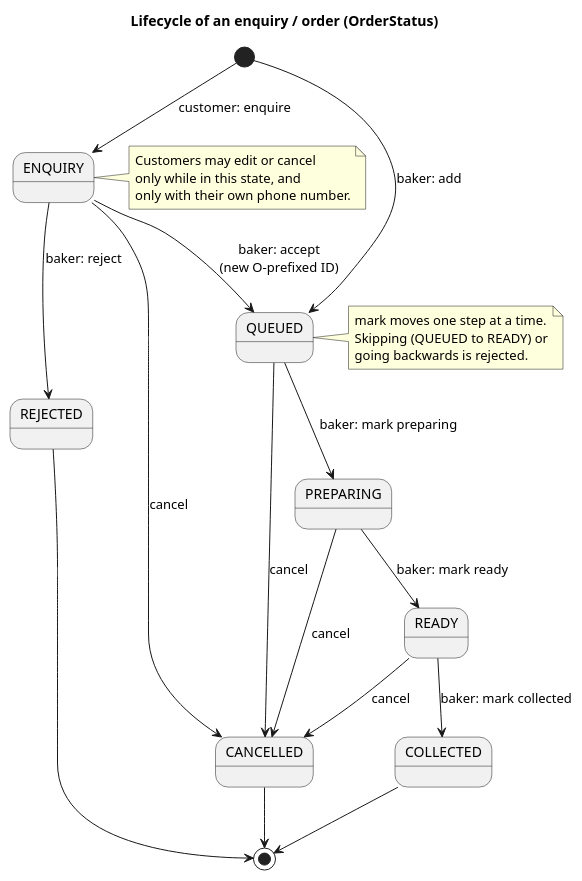
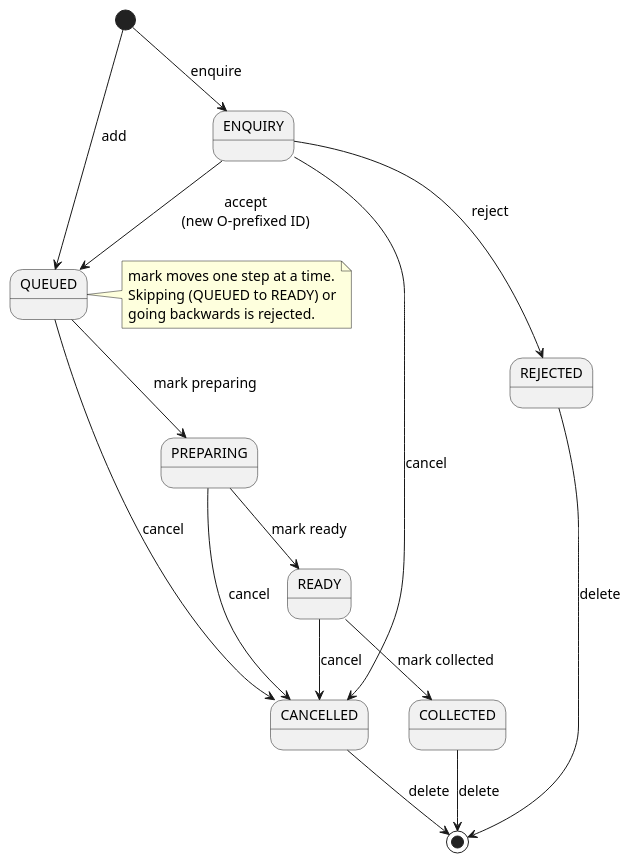
One commit to AY2627S1-CS2113-W12-1/tp changed the diagram in docs/diagrams/OrderStateDiagram.puml. Above: the diagram before and after it, drawn with PlantUML. The commit also changed 27 other files, not shown here.

First line of the commit message:
Restore features and docs lost in the baker-only merge

```diff
--- a/docs/diagrams/OrderStateDiagram.puml
+++ b/docs/diagrams/OrderStateDiagram.puml
@@ -1,32 +1,28 @@
 @startuml OrderStateDiagram
-title Lifecycle of an enquiry / order (OrderStatus)
+skinparam shadowing false
+skinparam defaultFontSize 14
 
-[*] --> ENQUIRY : customer: enquire
-[*] --> QUEUED : baker: add
+[*] --> ENQUIRY : enquire
+[*] --> QUEUED : add
 
-ENQUIRY --> QUEUED : baker: accept\n(new O-prefixed ID)
-ENQUIRY --> REJECTED : baker: reject
+ENQUIRY --> QUEUED : accept\n(new O-prefixed ID)
+ENQUIRY --> REJECTED : reject
 ENQUIRY --> CANCELLED : cancel
 
-QUEUED --> PREPARING : baker: mark preparing
-PREPARING --> READY : baker: mark ready
-READY --> COLLECTED : baker: mark collected
+QUEUED --> PREPARING : mark preparing
+PREPARING --> READY : mark ready
+READY --> COLLECTED : mark collected
 QUEUED --> CANCELLED : cancel
 PREPARING --> CANCELLED : cancel
 READY --> CANCELLED : cancel
 
-COLLECTED --> [*]
-CANCELLED --> [*]
-REJECTED --> [*]
+COLLECTED --> [*] : delete
+CANCELLED --> [*] : delete
+REJECTED --> [*] : delete
 
-note right of ENQUIRY
-  Customers may edit or cancel
-  only while in this state, and
-  only with their own phone number.
-end note
 note right of QUEUED
   mark moves one step at a time.
   Skipping (QUEUED to READY) or
   going backwards is rejected.
 end note
 @enduml
```
